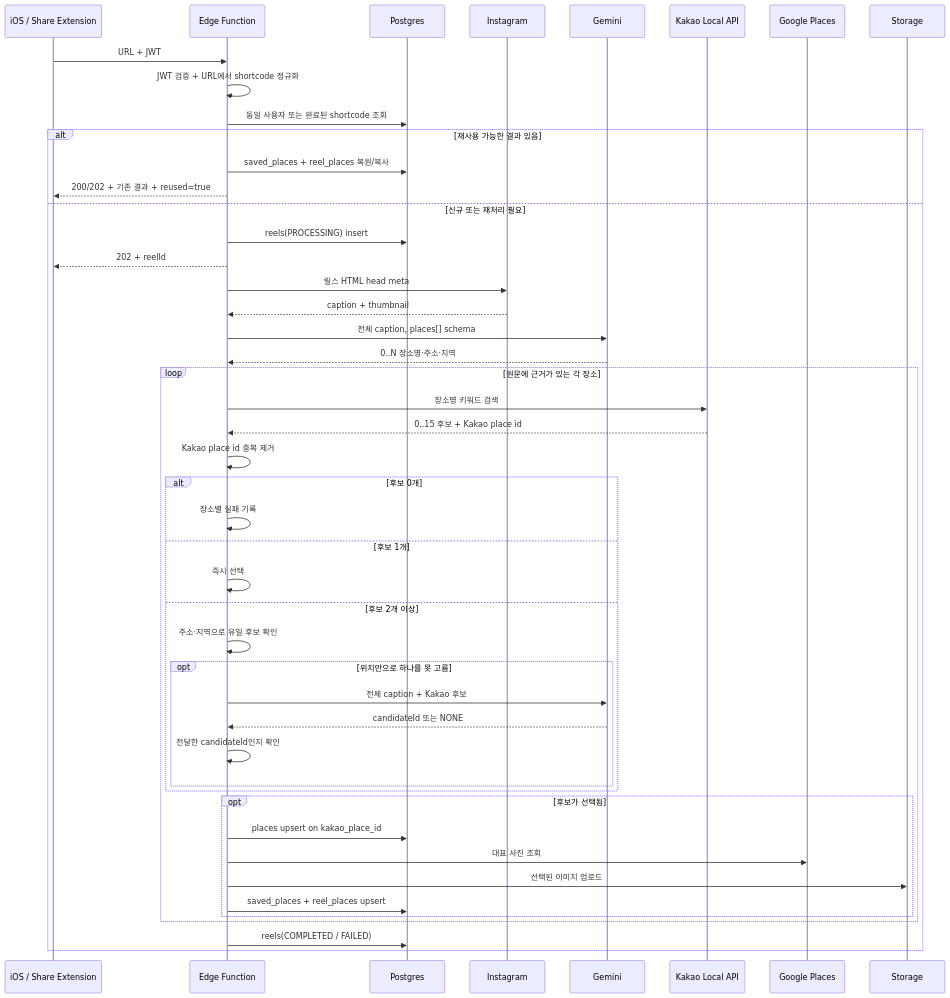
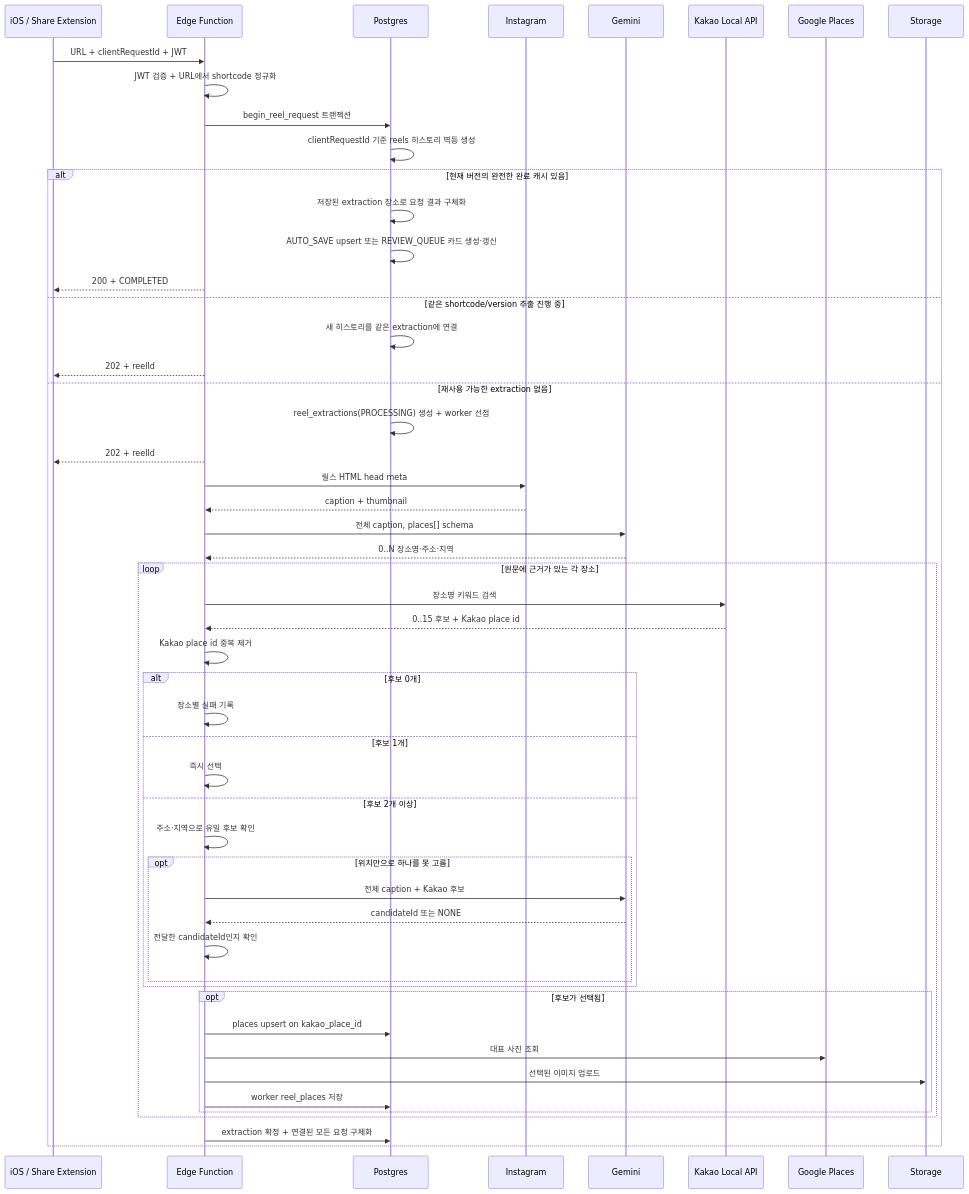
One commit to Jiihyun/yeogidam changed the diagram in docs/save-instagram-reel-flow.md. Above: the diagram before and after it, drawn with Mermaid. The commit also changed other lines of this file and 12 other files, not shown here.

````diff
--- a/docs/save-instagram-reel-flow.md
+++ b/docs/save-instagram-reel-flow.md
@@ -28,50 +31,55 @@
 ```mermaid
 sequenceDiagram
     participant U as iOS / Share Extension
     participant F as Edge Function
     participant D as Postgres
     participant I as Instagram
     participant AI as Gemini
     participant K as Kakao Local API
     participant G as Google Places
     participant S as Storage
 
-    U->>F: URL + JWT
+    U->>F: URL + clientRequestId + JWT
     F->>F: JWT 검증 + URL에서 shortcode 정규화
-    F->>D: 동일 사용자 또는 완료된 shortcode 조회
-    alt 재사용 가능한 결과 있음
-        F->>D: saved_places + reel_places 복원/복사
-        F-->>U: 200/202 + 기존 결과 + reused=true
-    else 신규 또는 재처리 필요
-    F->>D: reels(PROCESSING) insert
-    F-->>U: 202 + reelId
-    F->>I: 릴스 HTML head meta
-    I-->>F: caption + thumbnail
-    F->>AI: 전체 caption, places[] schema
-    AI-->>F: 0..N 장소명·주소·지역
-    loop 원문에 근거가 있는 각 장소
-        F->>K: 장소명 키워드 검색
-        K-->>F: 0..15 후보 + Kakao place id
-        F->>F: Kakao place id 중복 제거
-        alt 후보 0개
-            F->>F: 장소별 실패 기록
-        else 후보 1개
-            F->>F: 즉시 선택
-        else 후보 2개 이상
-            F->>F: 주소·지역으로 유일 후보 확인
-            opt 위치만으로 하나를 못 고름
-                F->>AI: 전체 caption + Kakao 후보
-                AI-->>F: candidateId 또는 NONE
-                F->>F: 전달한 candidateId인지 확인
+    F->>D: begin_reel_request 트랜잭션
+    D->>D: clientRequestId 기준 reels 히스토리 멱등 생성
+    alt 현재 버전의 완전한 완료 캐시 있음
+        D->>D: 저장된 extraction 장소로 요청 결과 구체화
+        D->>D: AUTO_SAVE upsert 또는 REVIEW_QUEUE 카드 생성·갱신
+        F-->>U: 200 + COMPLETED
+    else 같은 shortcode/version 추출 진행 중
+        D->>D: 새 히스토리를 같은 extraction에 연결
+        F-->>U: 202 + reelId
+    else 재사용 가능한 extraction 없음
+        D->>D: reel_extractions(PROCESSING) 생성 + worker 선점
+        F-->>U: 202 + reelId
+        F->>I: 릴스 HTML head meta
+        I-->>F: caption + thumbnail
+        F->>AI: 전체 caption, places[] schema
+        AI-->>F: 0..N 장소명·주소·지역
+        loop 원문에 근거가 있는 각 장소
+            F->>K: 장소명 키워드 검색
+            K-->>F: 0..15 후보 + Kakao place id
+            F->>F: Kakao place id 중복 제거
+            alt 후보 0개
+                F->>F: 장소별 실패 기록
+            else 후보 1개
+                F->>F: 즉시 선택
+            else 후보 2개 이상
+                F->>F: 주소·지역으로 유일 후보 확인
+                opt 위치만으로 하나를 못 고름
+                    F->>AI: 전체 caption + Kakao 후보
+                    AI-->>F: candidateId 또는 NONE
+                    F->>F: 전달한 candidateId인지 확인
+                end
+            end
+            opt 후보가 선택됨
+                F->>D: places upsert on kakao_place_id
+                F->>G: 대표 사진 조회
+                F->>S: 선택된 이미지 업로드
+                F->>D: worker reel_places 저장
             end
         end
-        opt 후보가 선택됨
-            F->>D: places upsert on kakao_place_id
-            F->>G: 대표 사진 조회
-            F->>S: 선택된 이미지 업로드
-            F->>D: saved_places + reel_places upsert
-        end
-    end
-    F->>D: reels(COMPLETED / FAILED)
+        F->>D: extraction 확정 + 연결된 모든 요청 구체화
     end
 ```
````
